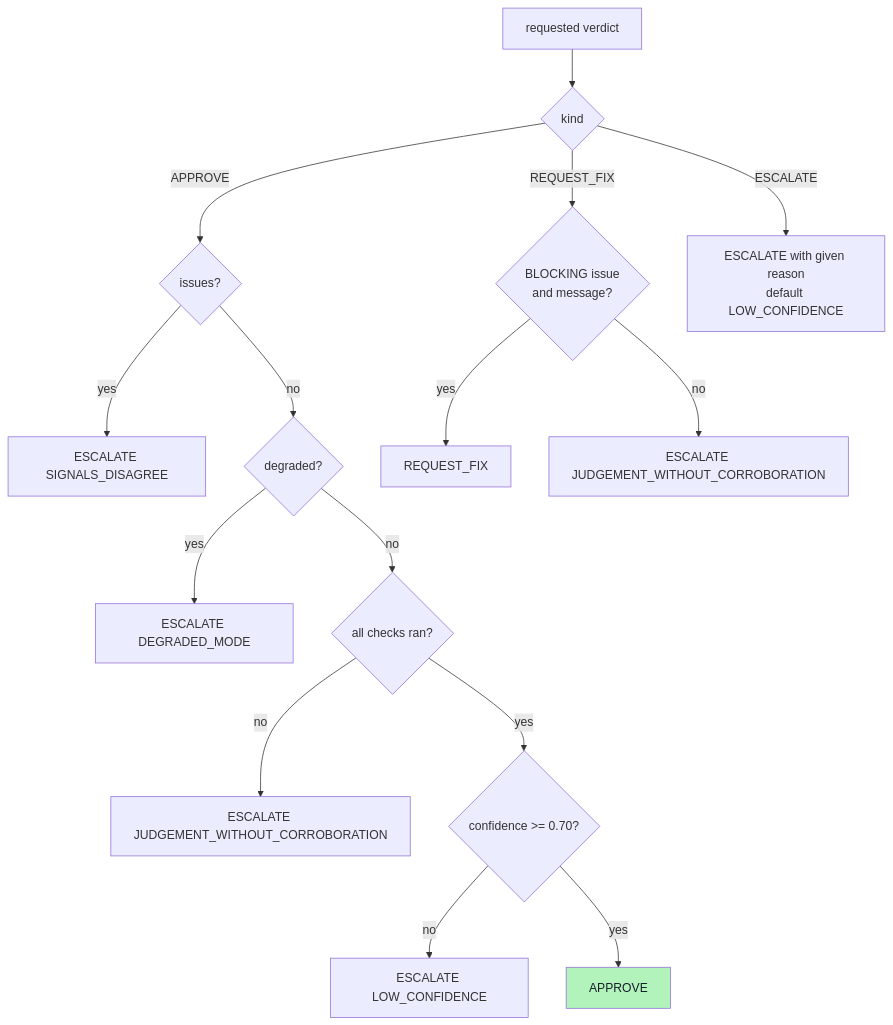
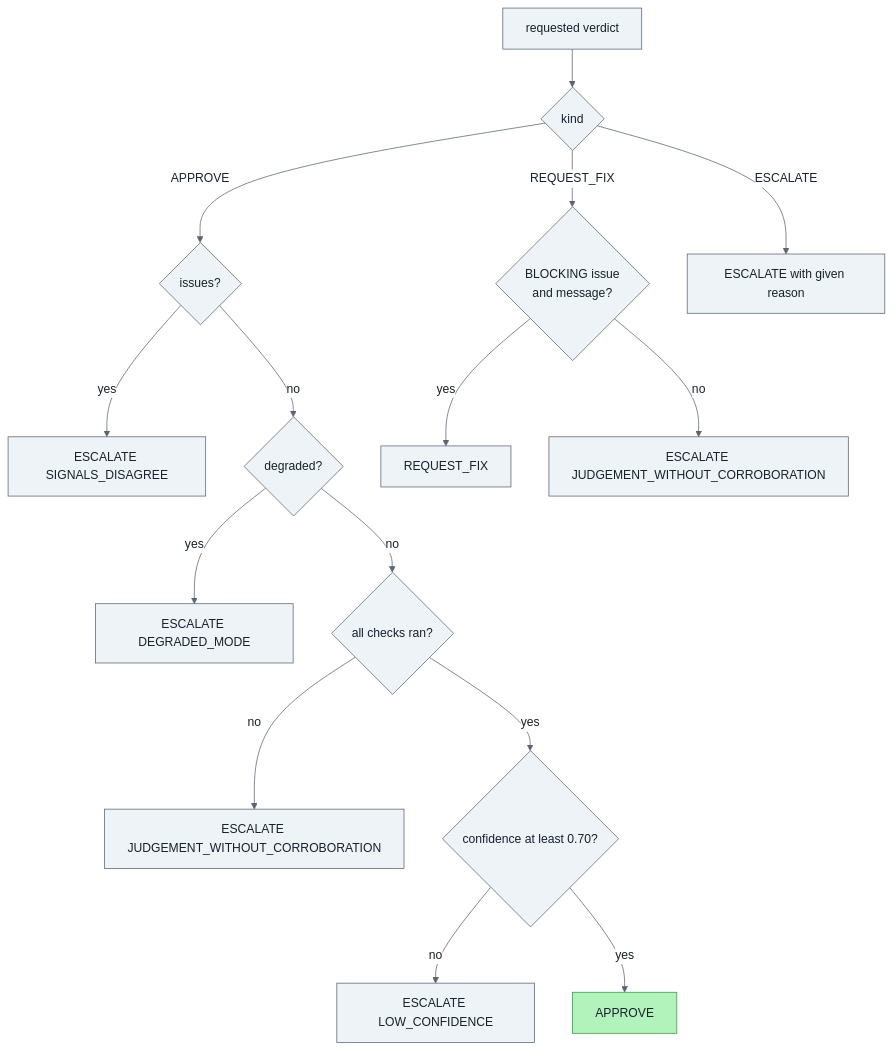
Diagram 13 of 14 in capstone/docs/learn.md (ashvolt/agents), drawn with Mermaid before and after one commit. The commit also changed other lines of this file, not shown here.

First line of the commit message:
docs(learn): cover the project to 2026-09-26; diagrams readable in any theme

````diff
--- a/capstone/docs/learn.md
+++ b/capstone/docs/learn.md
@@ -737,19 +848,20 @@
 ```mermaid
-%%{init: {"theme": "default"}}%%
+%%{init: {"theme":"base","themeVariables":{"background":"#ffffff","fontFamily":"Arial, Helvetica, sans-serif","primaryColor":"#eef3f8","primaryTextColor":"#17202b","primaryBorderColor":"#5a6573","secondaryColor":"#f5f7fa","secondaryTextColor":"#17202b","tertiaryColor":"#ffffff","tertiaryTextColor":"#17202b","lineColor":"#5a6573","textColor":"#17202b","titleColor":"#17202b","nodeTextColor":"#17202b","edgeLabelBackground":"#ffffff","clusterBkg":"#f7f9fb","clusterBorder":"#9aa5b1","cScale0":"#dbeafe","cScaleLabel0":"#17202b","cScalePeer0":"#5a6573","cScale1":"#dcfce7","cScaleLabel1":"#17202b","cScalePeer1":"#5a6573","cScale2":"#fef3c7","cScaleLabel2":"#17202b","cScalePeer2":"#5a6573","cScale3":"#fce7f3","cScaleLabel3":"#17202b","cScalePeer3":"#5a6573","cScale4":"#e0e7ff","cScaleLabel4":"#17202b","cScalePeer4":"#5a6573","cScale5":"#ccfbf1","cScaleLabel5":"#17202b","cScalePeer5":"#5a6573","cScale6":"#ffedd5","cScaleLabel6":"#17202b","cScalePeer6":"#5a6573","cScale7":"#f1f5f9","cScaleLabel7":"#17202b","cScalePeer7":"#5a6573"}}}%%
 flowchart TD
+    classDef default fill:#eef3f8,stroke:#5a6573,color:#17202b
     IN[requested verdict] --> K{kind}
     K -- APPROVE --> I{issues?}
     I -- yes --> D1[ESCALATE SIGNALS_DISAGREE]
     I -- no --> DG{degraded?}
     DG -- yes --> D2[ESCALATE DEGRADED_MODE]
     DG -- no --> AR{all checks ran?}
     AR -- no --> D3[ESCALATE JUDGEMENT_WITHOUT_CORROBORATION]
-    AR -- yes --> CF{"confidence >= 0.70?"}
+    AR -- yes --> CF{"confidence at least 0.70?"}
     CF -- no --> D4[ESCALATE LOW_CONFIDENCE]
     CF -- yes --> OK[APPROVE]
-    K -- REQUEST_FIX --> BK{BLOCKING issue<br/>and message?}
+    K -- REQUEST_FIX --> BK{"BLOCKING issue<br/>and message?"}
     BK -- yes --> RF[REQUEST_FIX]
     BK -- no --> D5[ESCALATE JUDGEMENT_WITHOUT_CORROBORATION]
-    K -- ESCALATE --> ES[ESCALATE with given reason<br/>default LOW_CONFIDENCE]
-    style OK fill:#b2f2bb,color:#17202B
+    K -- ESCALATE --> ES["ESCALATE with given reason"]
+    style OK fill:#b2f2bb,stroke:#2f9e44,color:#17202b
 ```
````
